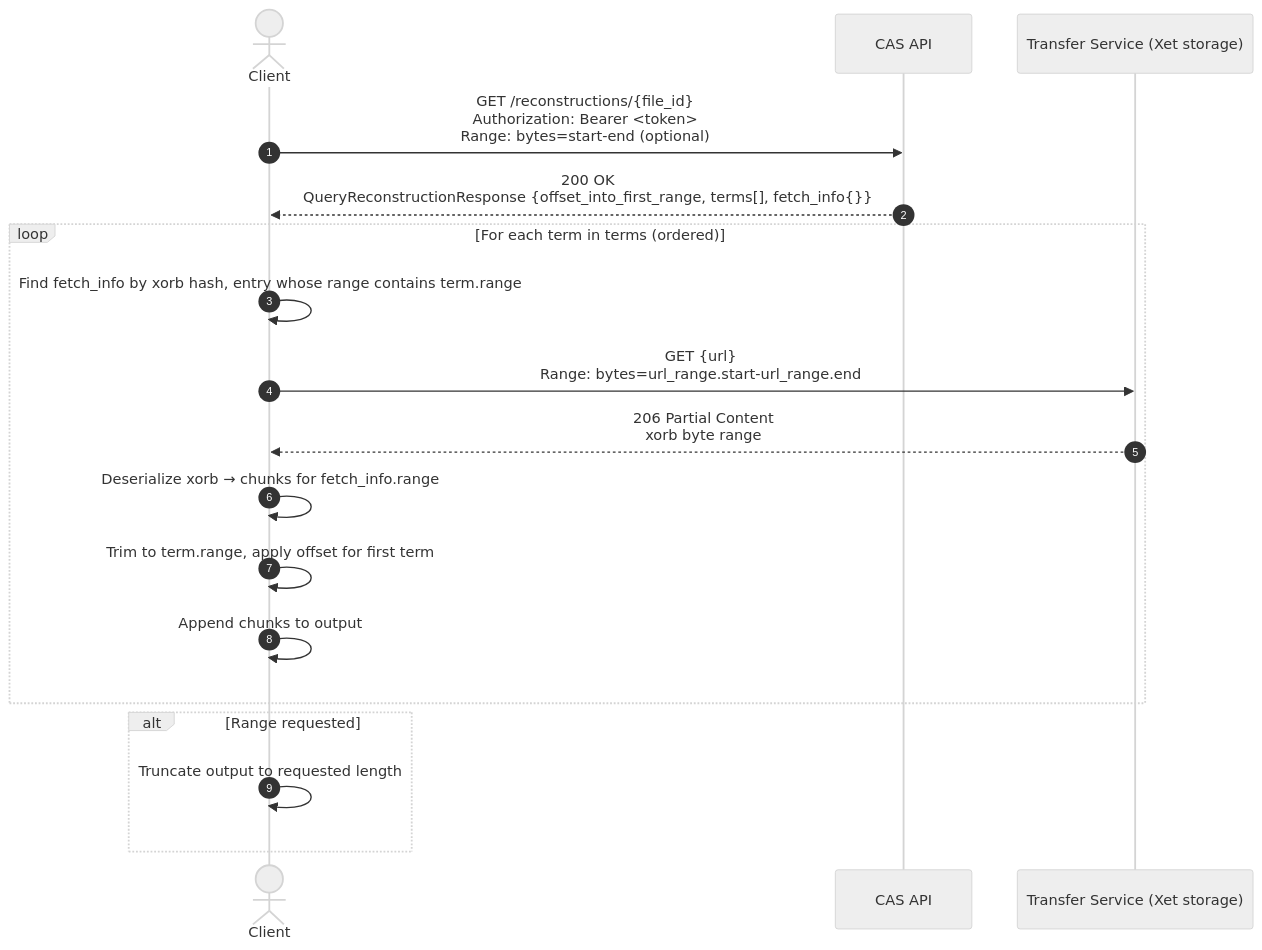
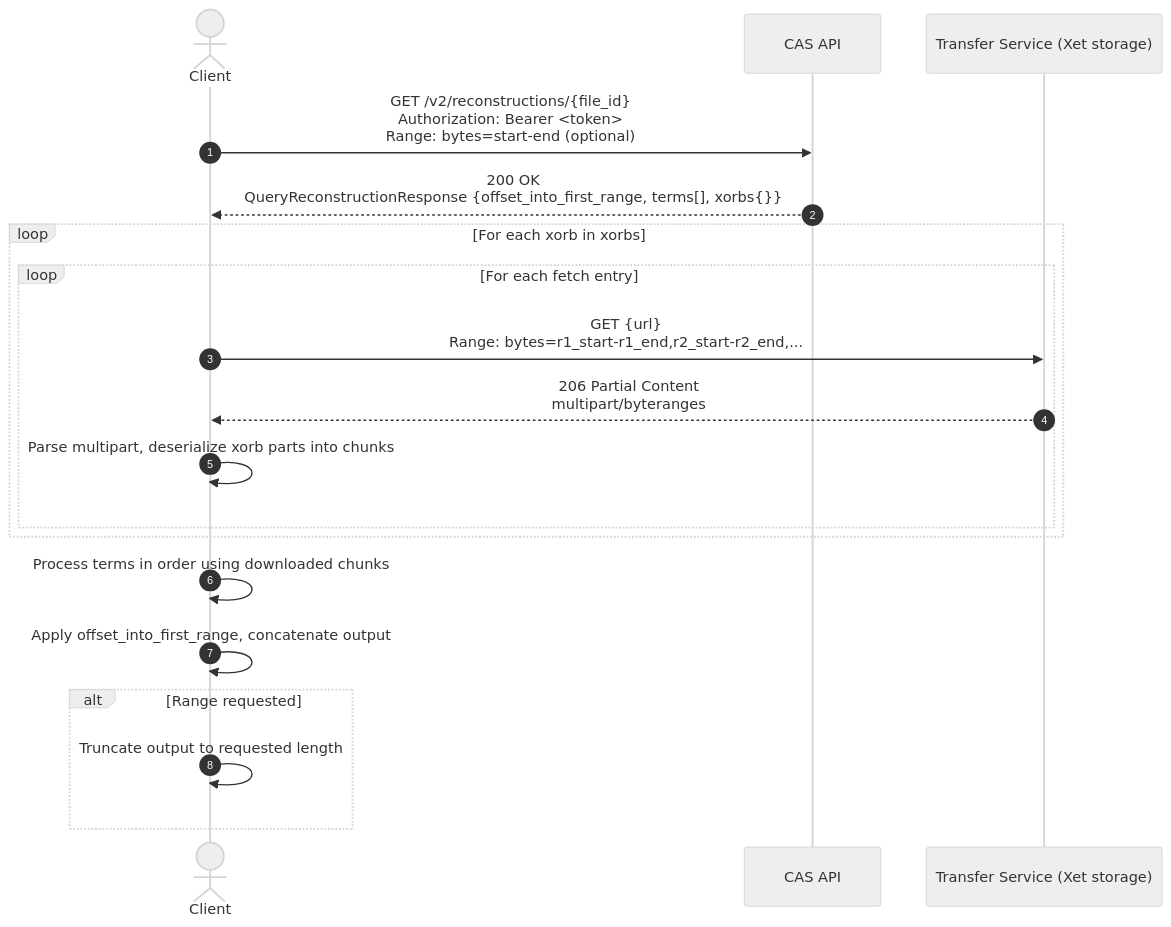
The diagram in docs/xet/download-protocol.md (huggingface/hub-docs), drawn with Mermaid (neutral theme) before and after one commit. The commit also changed other lines of this file and 2 other files, not shown here.

First line of the commit message:
Update Xet spec to V2 reconstruction (v1.1.0)

````diff
--- a/docs/xet/download-protocol.md
+++ b/docs/xet/download-protocol.md
@@ -339,23 +299,25 @@
 ```mermaid
 sequenceDiagram
   autonumber
   actor client as Client
   participant S as CAS API
   participant Transfer as Transfer Service (Xet storage)
 
-  client->>S: GET /reconstructions/{file_id}<br/>Authorization: Bearer <token><br/>Range: bytes=start-end (optional)
-  S-->>client: 200 OK<br/>QueryReconstructionResponse {offset_into_first_range, terms[], fetch_info{}}
+  client->>S: GET /v2/reconstructions/{file_id}<br/>Authorization: Bearer <token><br/>Range: bytes=start-end (optional)
+  S-->>client: 200 OK<br/>QueryReconstructionResponse {offset_into_first_range, terms[], xorbs{}}
 
-  loop For each term in terms (ordered)
-    client->>client: Find fetch_info by xorb hash, entry whose range contains term.range
-    client->>Transfer: GET {url}<br/>Range: bytes=url_range.start-url_range.end
-    Transfer-->>client: 206 Partial Content<br/>xorb byte range
-    client->>client: Deserialize xorb → chunks for fetch_info.range
-    client->>client: Trim to term.range, apply offset for first term
-    client->>client: Append chunks to output
+  loop For each xorb in xorbs
+    loop For each fetch entry
+      client->>Transfer: GET {url}<br/>Range: bytes=r1_start-r1_end,r2_start-r2_end,...
+      Transfer-->>client: 206 Partial Content<br/>multipart/byteranges
+      client->>client: Parse multipart, deserialize xorb parts into chunks
+    end
   end
+
+  client->>client: Process terms in order using downloaded chunks
+  client->>client: Apply offset_into_first_range, concatenate output
 
   alt Range requested
     client->>client: Truncate output to requested length
   end
 ```
````
